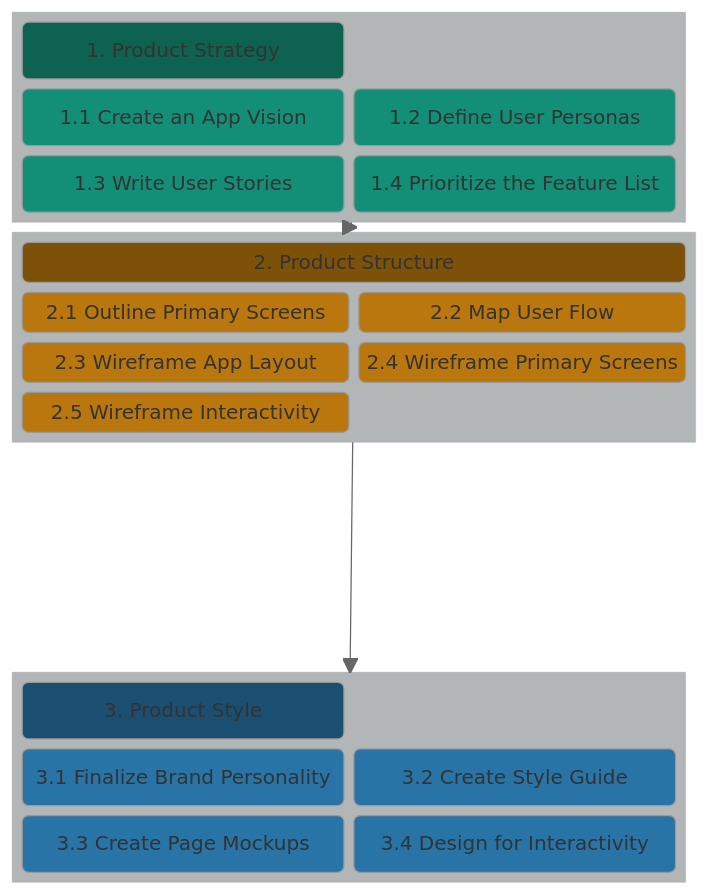
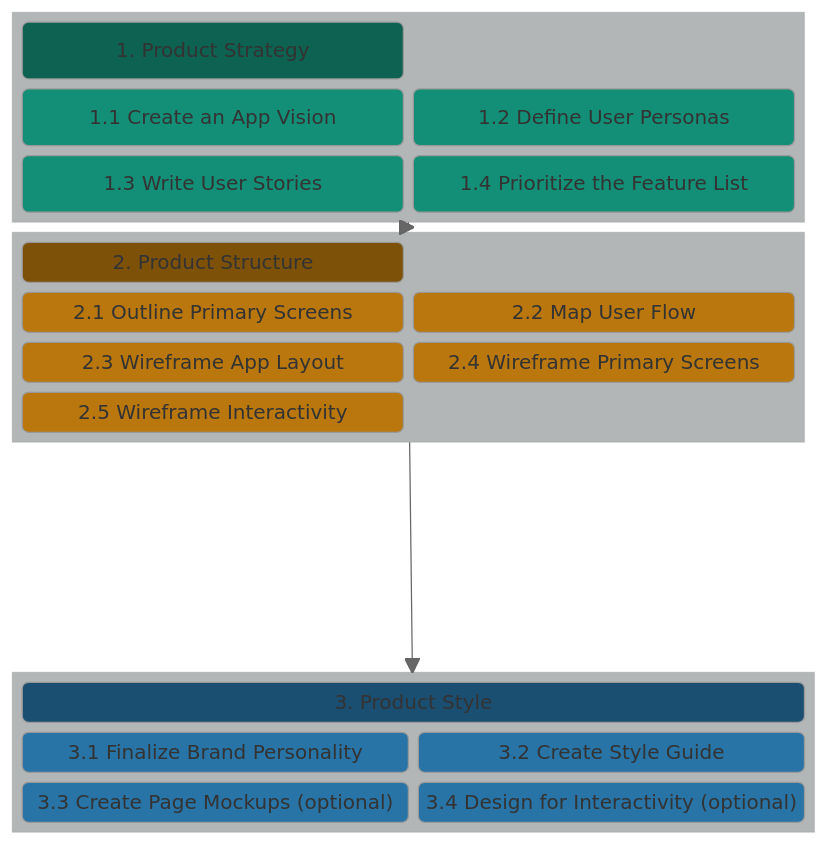
One commit to chingu-voyages/Handbook changed the first of 3 diagrams in docs/resources/techresources/uiux.md. Above: the diagram before and after it, drawn with Mermaid (neutral theme).

Commit message:
Feature: Update UI/UX Workflow to make some steps optional

````diff
--- a/docs/resources/techresources/uiux.md
+++ b/docs/resources/techresources/uiux.md
@@ -15,54 +15,54 @@
 ```mermaid
 block-beta
 columns 1
   block:STRATEGY
     columns 2
     A("1. Product Strategy"):2
     B("1.1 Create an App Vision")
     C("1.2 Define User Personas")
     D("1.3 Write User Stories")
     E("1.4 Prioritize the Feature List")
   end
   block:STRUCTURE
     columns 2
     G("2. Product Structure"):2
     H("2.1 Outline Primary Screens")
     I("2.2 Map User Flow")
     J("2.3 Wireframe App Layout")
     K("2.4 Wireframe Primary Screens")
     L("2.5 Wireframe Interactivity")
   end
   STRATEGY --> STRUCTURE
   space
   block:STYLE
     columns 2
     M("3. Product Style"):2
     N("3.1 Finalize Brand Personality")
     O("3.2 Create Style Guide")
-    P("3.3 Create Page Mockups")
-    Q("3.4 Design for Interactivity")
+    P("3.3 Create Page Mockups (optional)")
+    Q("3.4 Design for Interactivity (optional)")
   end
   STRUCTURE --> STYLE
   style A fill:#0e6251
   style B fill:#148f77
   style C fill:#148f77
   style D fill:#148f77
   style E fill:#148f77
 
   style G fill:#7e5109
   style H fill:#b9770e
   style I fill:#b9770e
   style J fill:#b9770e
   style K fill:#b9770e
   style L fill:#b9770e
 
   style M fill:#1b4f72
   style N fill:#2874a6
   style O fill:#2874a6
   style P fill:#2874a6
   style Q fill:#2874a6
 
   style STRATEGY fill:#b3b6b7
   style STRUCTURE fill:#b3b6b7
   style STYLE fill:#b3b6b7
 ```
````
